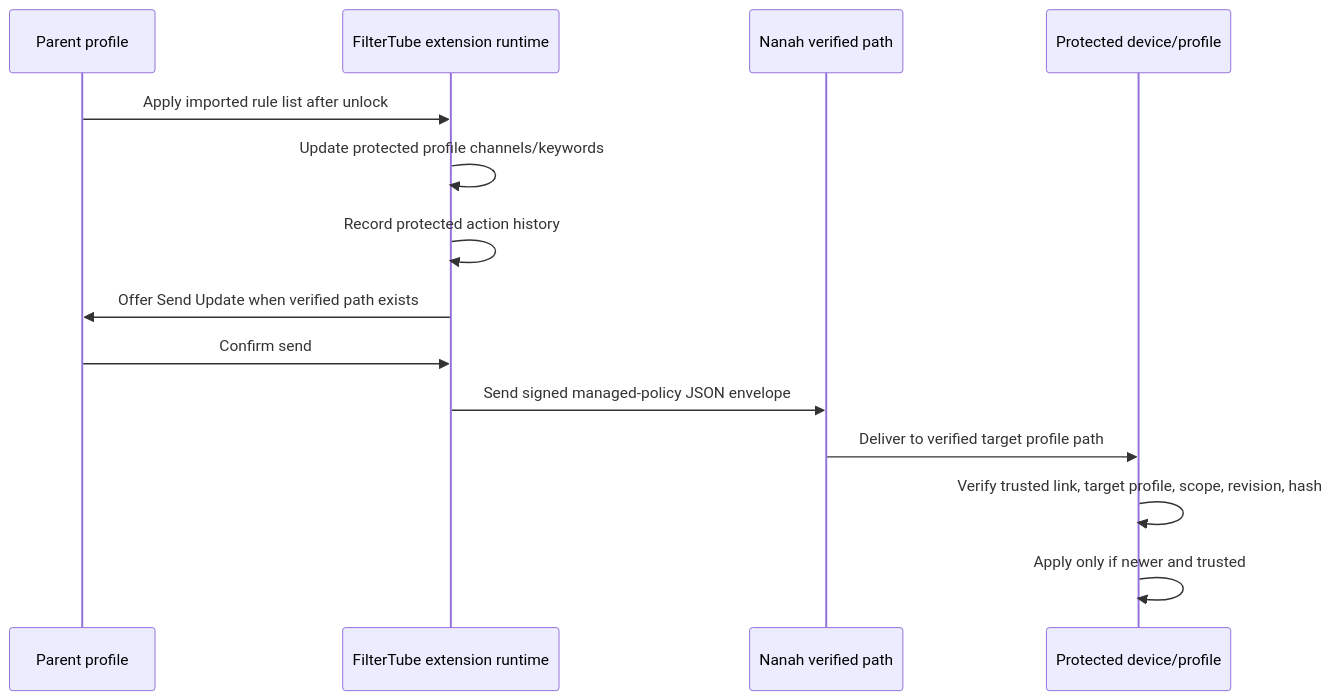
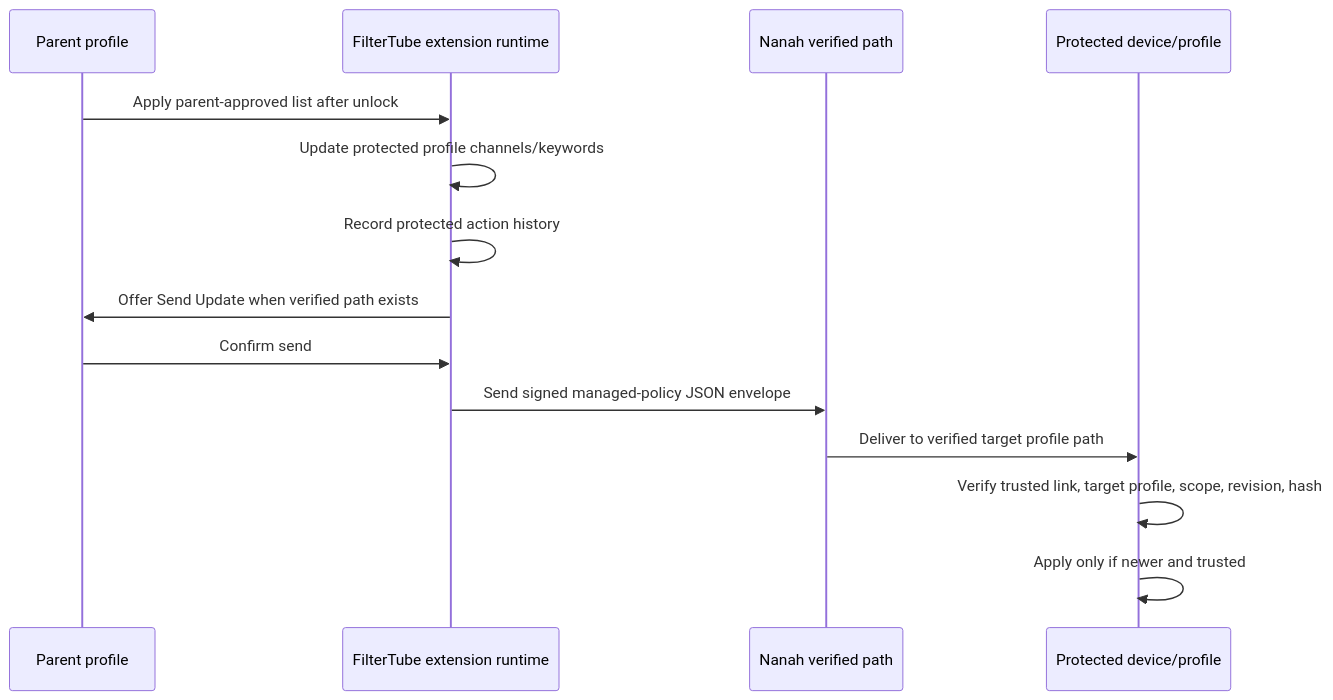
Before and after one commit to varshneydevansh/FilterTube: the third of 3 diagrams in docs/audit/FILTERTUBE_MANAGED_IMPORT_LIST_FORMAT_2026-06-18.md, drawn with Mermaid. The commit also changed other lines of this file and 4 other files, not shown here.

````diff
--- a/docs/audit/FILTERTUBE_MANAGED_IMPORT_LIST_FORMAT_2026-06-18.md
+++ b/docs/audit/FILTERTUBE_MANAGED_IMPORT_LIST_FORMAT_2026-06-18.md
@@ -229,17 +230,17 @@
 ```mermaid
 sequenceDiagram
     participant Parent as Parent profile
     participant Runtime as FilterTube extension runtime
     participant Nanah as Nanah verified path
     participant Child as Protected device/profile
 
-    Parent->>Runtime: Apply imported rule list after unlock
+    Parent->>Runtime: Apply parent-approved list after unlock
     Runtime->>Runtime: Update protected profile channels/keywords
     Runtime->>Runtime: Record protected action history
     Runtime->>Parent: Offer Send Update when verified path exists
     Parent->>Runtime: Confirm send
     Runtime->>Nanah: Send signed managed-policy JSON envelope
     Nanah->>Child: Deliver to verified target profile path
     Child->>Child: Verify trusted link, target profile, scope, revision, hash
     Child->>Child: Apply only if newer and trusted
 ```
````
